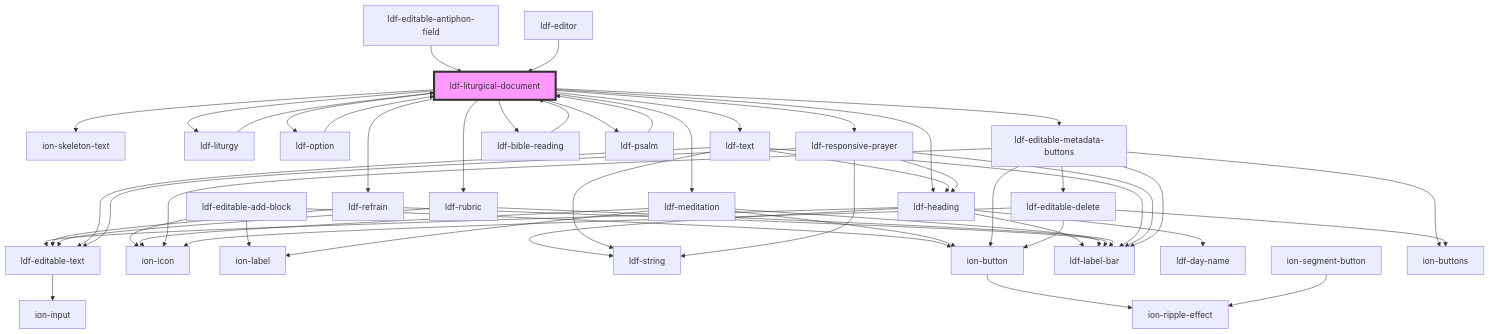
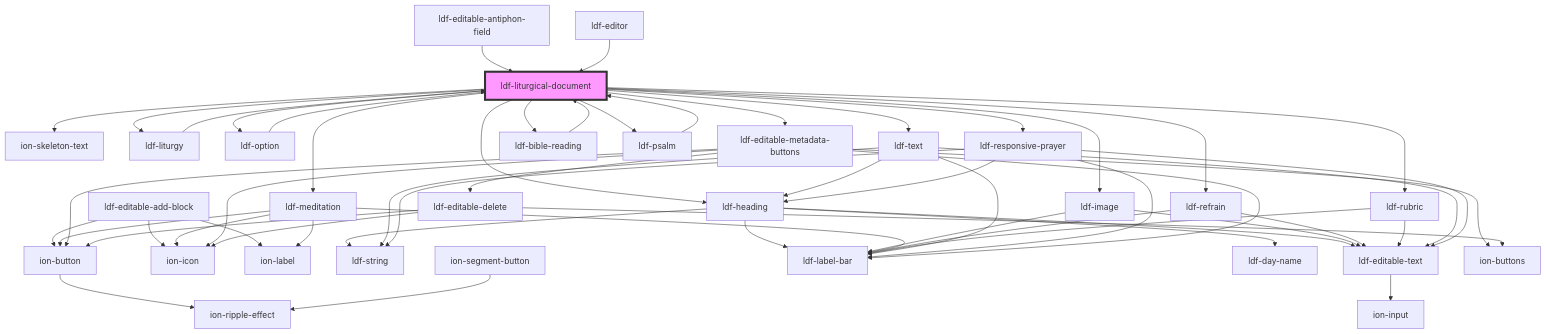
Before and after one commit to gbj/venite: the diagram in components/src/components/liturgical-document/readme.md, drawn with Mermaid. The commit also changed other lines of this file and 16 other files, not shown here.

````diff
--- a/components/src/components/liturgical-document/readme.md
+++ b/components/src/components/liturgical-document/readme.md
@@ -55,56 +56,59 @@
 ```mermaid
 graph TD;
   ldf-liturgical-document --> ion-skeleton-text
   ldf-liturgical-document --> ldf-liturgy
   ldf-liturgical-document --> ldf-heading
+  ldf-liturgical-document --> ldf-image
   ldf-liturgical-document --> ldf-meditation
   ldf-liturgical-document --> ldf-option
   ldf-liturgical-document --> ldf-refrain
   ldf-liturgical-document --> ldf-rubric
   ldf-liturgical-document --> ldf-text
   ldf-liturgical-document --> ldf-responsive-prayer
   ldf-liturgical-document --> ldf-bible-reading
   ldf-liturgical-document --> ldf-psalm
   ldf-liturgical-document --> ldf-editable-metadata-buttons
   ldf-liturgy --> ldf-liturgical-document
   ldf-editable-add-block --> ion-button
   ldf-editable-add-block --> ion-icon
   ldf-editable-add-block --> ion-label
   ion-button --> ion-ripple-effect
   ldf-heading --> ldf-string
   ldf-heading --> ldf-editable-text
   ldf-heading --> ldf-label-bar
   ldf-heading --> ldf-day-name
   ldf-editable-text --> ion-input
+  ldf-image --> ldf-label-bar
+  ldf-image --> ldf-editable-text
   ldf-meditation --> ion-button
   ldf-meditation --> ion-icon
   ldf-meditation --> ion-label
   ldf-meditation --> ldf-label-bar
   ldf-option --> ldf-liturgical-document
   ion-segment-button --> ion-ripple-effect
   ldf-refrain --> ldf-label-bar
   ldf-refrain --> ldf-editable-text
   ldf-rubric --> ldf-label-bar
   ldf-rubric --> ldf-editable-text
   ldf-text --> ldf-label-bar
   ldf-text --> ldf-heading
   ldf-text --> ldf-editable-text
   ldf-text --> ldf-string
   ldf-responsive-prayer --> ldf-editable-text
   ldf-responsive-prayer --> ldf-string
   ldf-responsive-prayer --> ldf-label-bar
   ldf-responsive-prayer --> ldf-heading
   ldf-bible-reading --> ldf-liturgical-document
   ldf-psalm --> ldf-liturgical-document
   ldf-editable-metadata-buttons --> ldf-label-bar
   ldf-editable-metadata-buttons --> ion-buttons
   ldf-editable-metadata-buttons --> ion-button
   ldf-editable-metadata-buttons --> ion-icon
   ldf-editable-metadata-buttons --> ldf-editable-delete
   ldf-editable-delete --> ion-buttons
   ldf-editable-delete --> ion-button
   ldf-editable-delete --> ion-icon
   ldf-editable-antiphon-field --> ldf-liturgical-document
   ldf-editor --> ldf-liturgical-document
   style ldf-liturgical-document fill:#f9f,stroke:#333,stroke-width:4px
 ```
````
